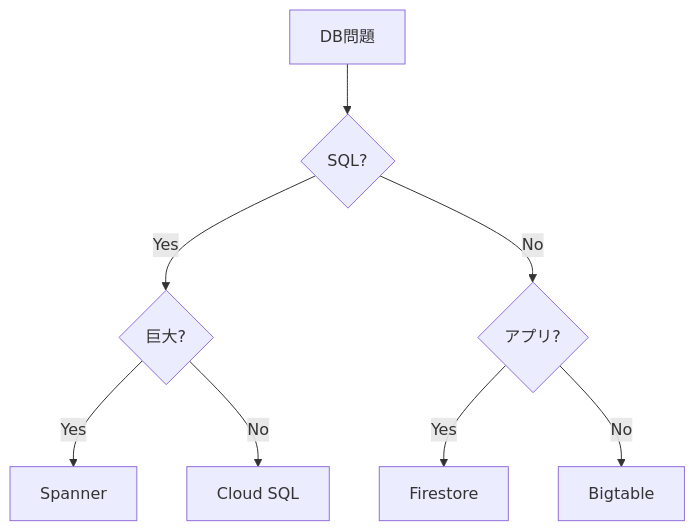
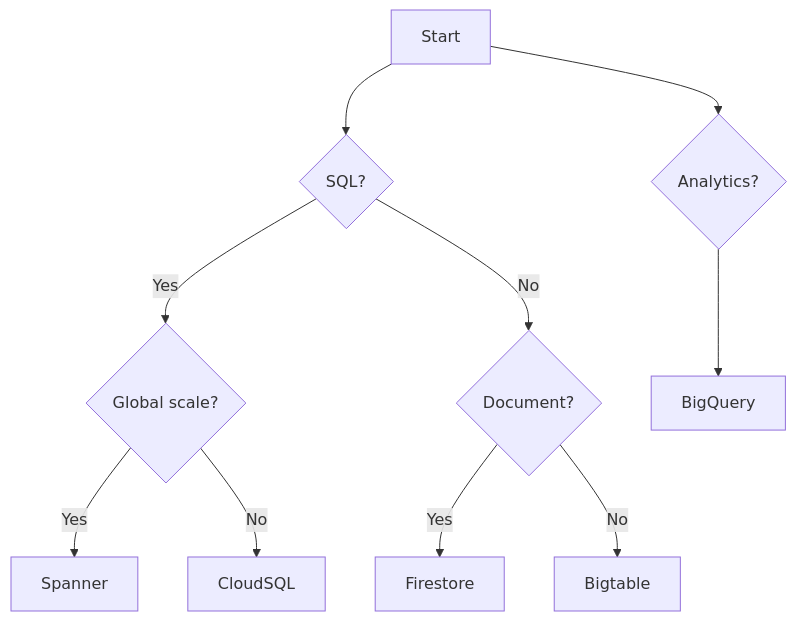
One commit to conti0513/development_public changed the second of 12 diagrams in 06_LAB/01_GCP_ACE_HACK/sessions_ver262/06_database.md. Above: the diagram before and after it, drawn with Mermaid. The commit also changed other lines of this file and 22 other files, not shown here.

````diff
--- a/06_LAB/01_GCP_ACE_HACK/sessions_ver262/06_database.md
+++ b/06_LAB/01_GCP_ACE_HACK/sessions_ver262/06_database.md
@@ -110,15 +30,15 @@
 ```mermaid
 flowchart TD
+Start --> A{SQL?}
 
-Q[DB問題] --> A{SQL?}
+A -->|Yes| B{Global scale?}
+B -->|Yes| Spanner
+B -->|No| CloudSQL
 
-A -->|Yes| B{巨大?}
+A -->|No| C{Document?}
+C -->|Yes| Firestore
+C -->|No| Bigtable
 
-B -->|Yes| C[Spanner]
-B -->|No| D[Cloud SQL]
-
-A -->|No| E{アプリ?}
-
-E -->|Yes| F[Firestore]
-E -->|No| G[Bigtable]
+Start --> D{Analytics?}
+D --> BigQuery
 ```
````
